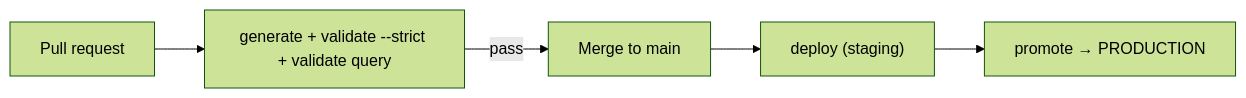
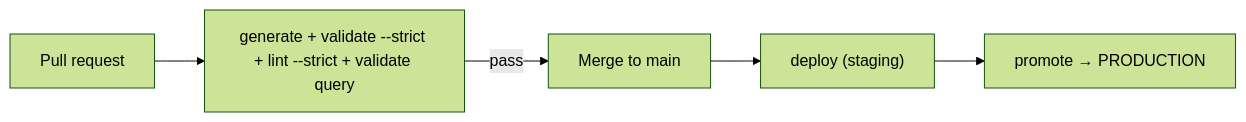
Before and after one commit to opentidehq/website: the diagram in content/docs/usage/workflows/ci-cd.md, drawn with Mermaid (forest theme). The commit also changed other lines of this file and 24 other files, not shown here.

````diff
--- a/content/docs/usage/workflows/ci-cd.md
+++ b/content/docs/usage/workflows/ci-cd.md
@@ -8,7 +8,7 @@
 ```mermaid
 flowchart LR
-  pr["Pull request"] --> validate["generate + validate --strict + validate query"]
+  pr["Pull request"] --> validate["generate + validate --strict + lint --strict + validate query"]
   validate -->|pass| merge["Merge to main"]
   merge --> stage["deploy (staging)"]
   stage --> promote["promote → PRODUCTION"]
 ```
````
